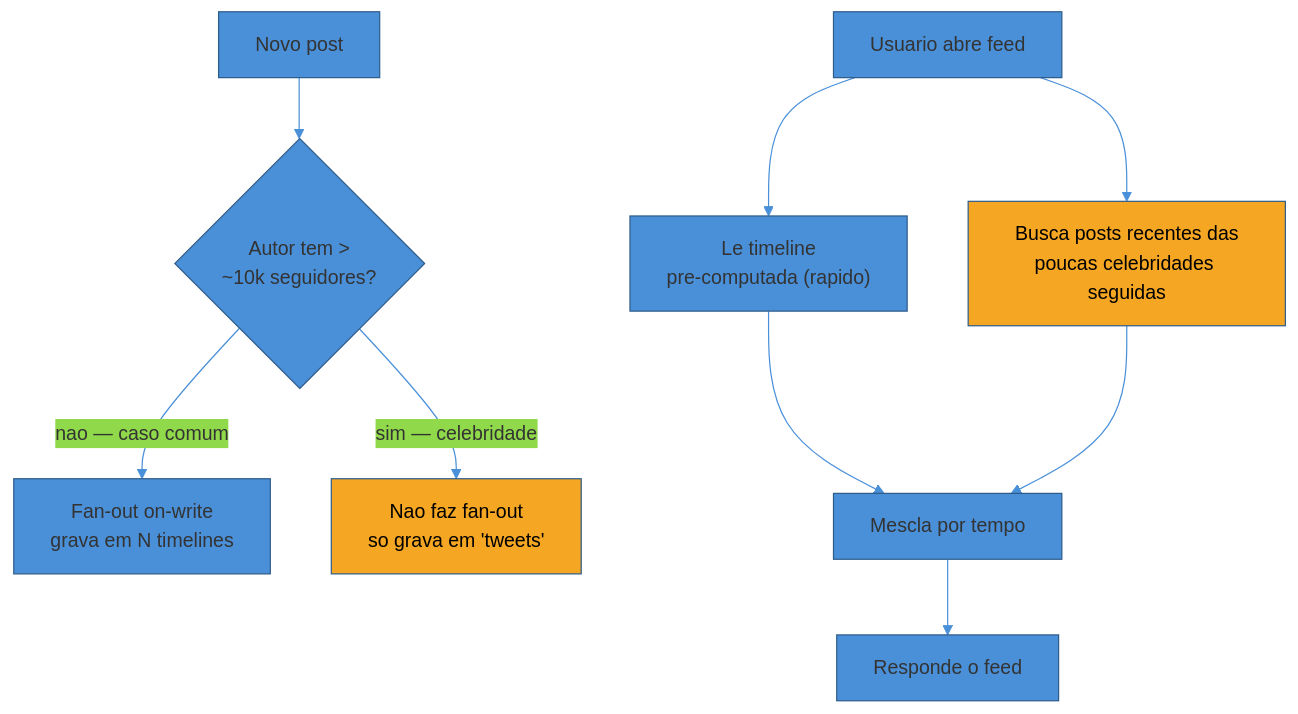
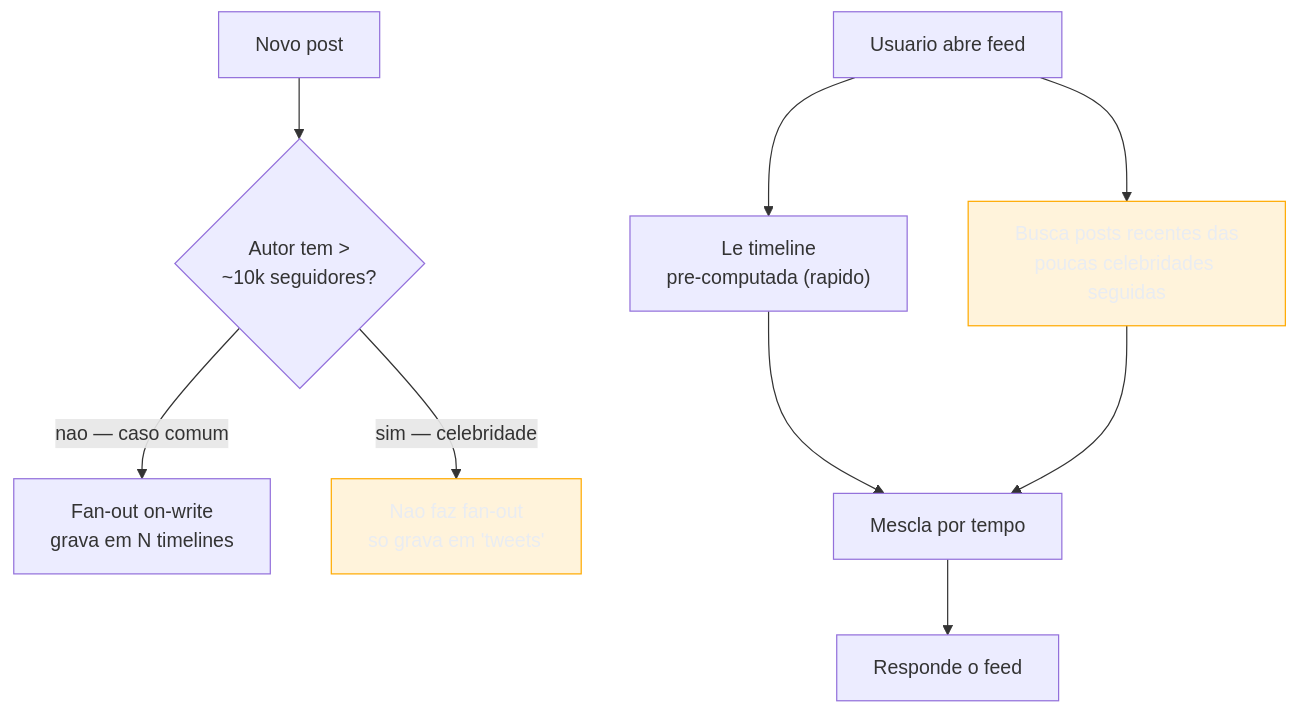
One commit to josenaldo/codex-technomanticus changed the fourth of 5 diagrams in 03-Dominios/Engenharia/Arquitetura/System Design/4 - Walkthroughs/02 - News Feed e Timeline.md. Above: the diagram before and after it, drawn with Mermaid. The commit also changed other lines of this file and 1181 other files, not shown here.

First line of the commit message:
fix(diagramas): paleta do sistema no lugar de cor cravada no markdown

````diff
--- a/03-Dominios/Engenharia/Arquitetura/System Design/4 - Walkthroughs/02 - News Feed e Timeline.md
+++ b/03-Dominios/Engenharia/Arquitetura/System Design/4 - Walkthroughs/02 - News Feed e Timeline.md
@@ -227,14 +227,14 @@
 ```mermaid
-%%{init: {"theme": "base", "themeVariables": {"primaryColor": "#4A90D9", "primaryBorderColor": "#2E5C8A", "lineColor": "#4A90D9"}}}%%
 graph TD
+    classDef destaque fill:#FFAA0024,stroke:#FFAA00,color:#E9ECF2
     POST["Novo post"] --> CHECK{"Autor tem ></br>~10k seguidores?"}
     CHECK -->|"nao — caso comum"| FANOUT["Fan-out on-write<br/>grava em N timelines"]
     CHECK -->|"sim — celebridade"| SKIP["Nao faz fan-out<br/>so grava em 'tweets'"]
     READ["Usuario abre feed"] --> PRECOMP["Le timeline<br/>pre-computada (rapido)"]
     READ --> CELEB["Busca posts recentes das<br/>poucas celebridades seguidas"]
     PRECOMP --> MERGE["Mescla por tempo"]
     CELEB --> MERGE
     MERGE --> RESP["Responde o feed"]
-    style SKIP fill:#F5A623,color:#000
-    style CELEB fill:#F5A623,color:#000
+    class SKIP destaque
+    class CELEB destaque
 ```
````
